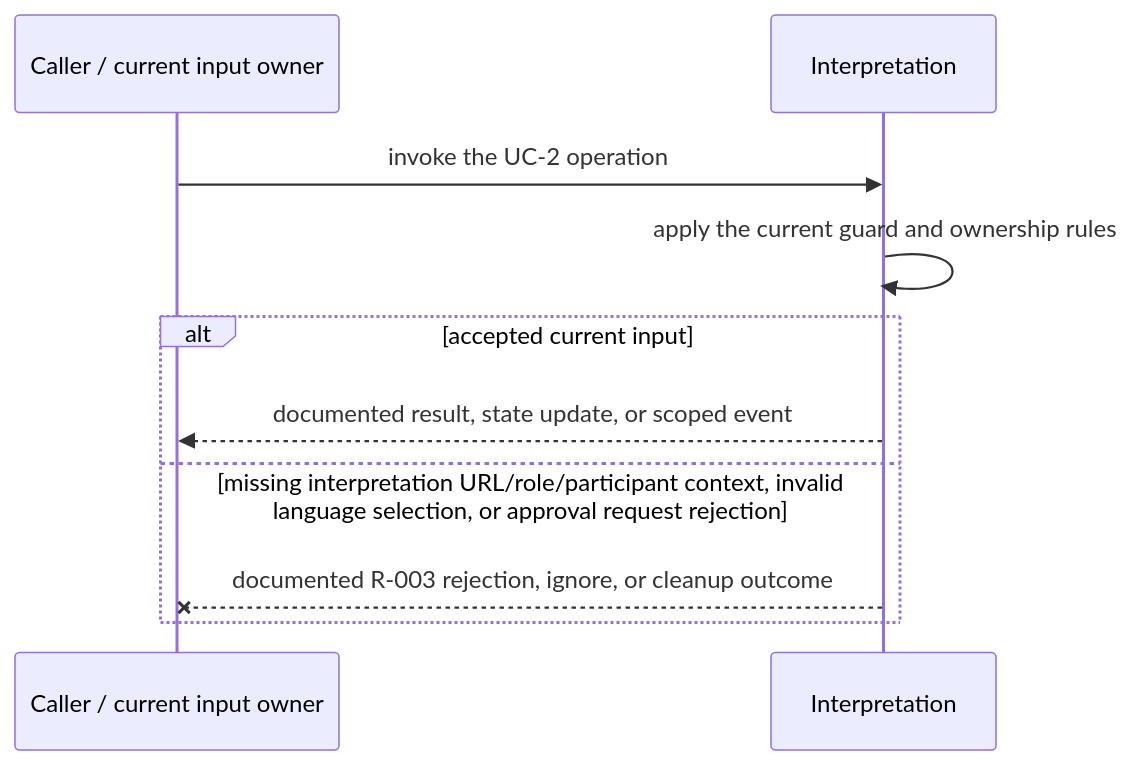
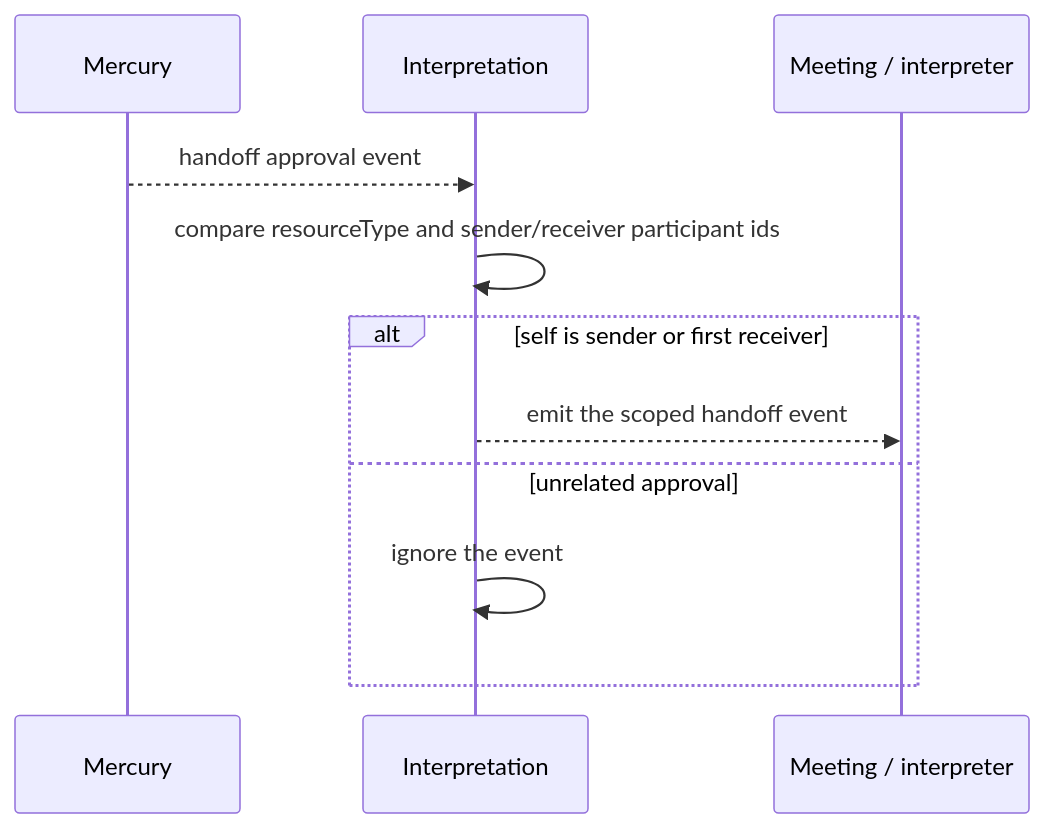
The third of 5 diagrams in packages/@webex/plugin-meetings/src/interpretation/ai-docs/interpretation-spec.md (webex/webex-js-sdk), drawn with Mermaid before and after one commit. The commit also changed other lines of this file and 24 other files, not shown here.

````diff
--- a/packages/@webex/plugin-meetings/src/interpretation/ai-docs/interpretation-spec.md
+++ b/packages/@webex/plugin-meetings/src/interpretation/ai-docs/interpretation-spec.md
@@ -141,12 +156,13 @@
 ```mermaid
 sequenceDiagram
-  participant C as Caller / current input owner
-  participant M as Interpretation
-  C->>M: invoke the UC-2 operation
-  M->>M: apply the current guard and ownership rules
-  alt accepted current input
-    M-->>C: documented result, state update, or scoped event
-  else missing interpretation URL/role/participant context, invalid language selection, or approval request rejection
-    M--xC: documented R-003 rejection, ignore, or cleanup outcome
+  participant M as Mercury
+  participant I as Interpretation
+  participant C as Meeting / interpreter
+  M-->>I: handoff approval event
+  I->>I: compare resourceType and sender/receiver participant ids
+  alt self is sender or first receiver
+    I-->>C: emit the scoped handoff event
+  else unrelated approval
+    I->>I: ignore the event
   end
 ```
````
